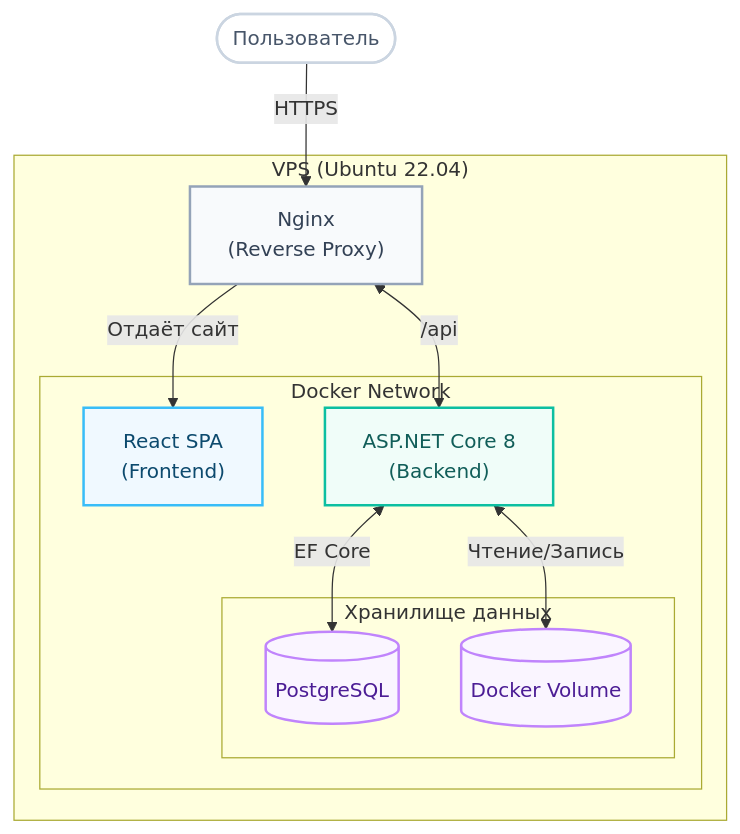
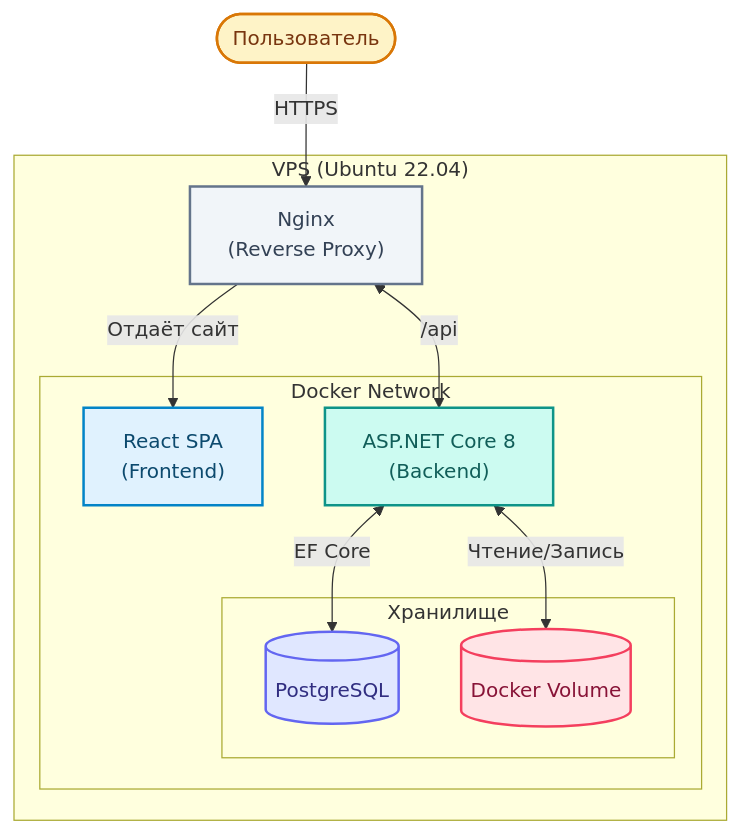
Before and after one commit to Digital-SGN/StudentCouncilPlatform: the diagram in README.md, drawn with Mermaid.

````diff
--- a/README.md
+++ b/README.md
@@ -60,37 +60,39 @@
 ```mermaid
 flowchart TD
     User([Пользователь])
     
     subgraph VPS ["VPS (Ubuntu 22.04)"]
         Nginx["Nginx<br/>(Reverse Proxy)"]
         
         subgraph Docker ["Docker Network"]
             Frontend["React SPA<br/>(Frontend)"]
             Backend["ASP.NET Core 8<br/>(Backend)"]
             
-            subgraph Storage ["Хранилище данных"]
+            subgraph Storage ["Хранилище"]
                 DB[("PostgreSQL")]
                 Vol[("Docker Volume")]
             end
         end
     end
 
     User -->|HTTPS| Nginx
     Nginx -->|Отдаёт сайт| Frontend
     Nginx <-->|/api| Backend
     
     Backend <-->|EF Core| DB
     Backend <-->|Чтение/Запись| Vol
 
-    classDef user fill:#ffffff,stroke:#cbd5e1,stroke-width:2px,color:#475569;
-    classDef frontend fill:#f0f9ff,stroke:#38bdf8,stroke-width:2px,color:#0c4a6e;
-    classDef backend fill:#f0fdf9,stroke:#0CBFA1,stroke-width:2px,color:#115e59;
-    classDef database fill:#faf5ff,stroke:#c084fc,stroke-width:2px,color:#4c1d95;
-    classDef infra fill:#f8fafc,stroke:#94a3b8,stroke-width:2px,color:#334155;
+    classDef user fill:#fef3c7,stroke:#d97706,stroke-width:2px,color:#78350f;
+    classDef infra fill:#f1f5f9,stroke:#64748b,stroke-width:2px,color:#334155;
+    classDef frontend fill:#e0f2fe,stroke:#0284c7,stroke-width:2px,color:#0c4a6e;
+    classDef backend fill:#ccfbf1,stroke:#0d9488,stroke-width:2px,color:#115e59;
+    classDef db fill:#e0e7ff,stroke:#6366f1,stroke-width:2px,color:#312e81;
+    classDef vol fill:#ffe4e6,stroke:#f43f5e,stroke-width:2px,color:#881337;
 
     class User user;
     class Nginx infra;
     class Frontend frontend;
     class Backend backend;
-    class DB,Vol database;
+    class DB db;
+    class Vol vol;
 ```
````
